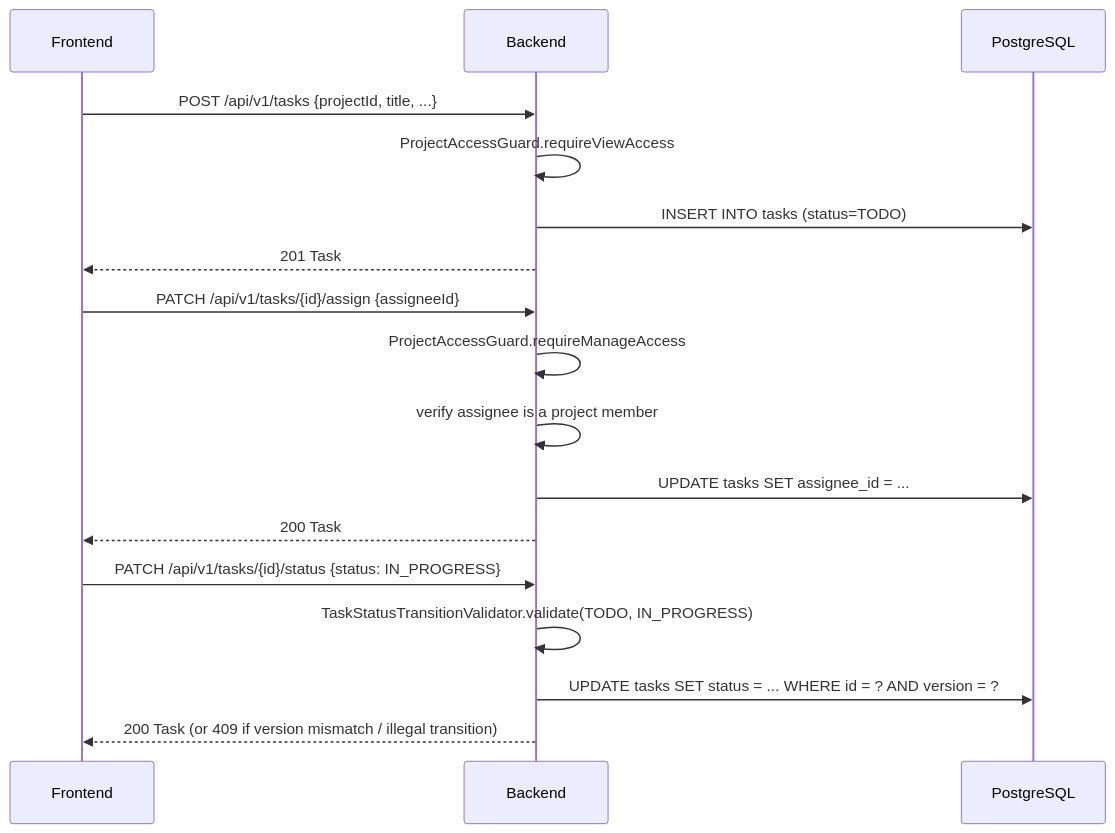
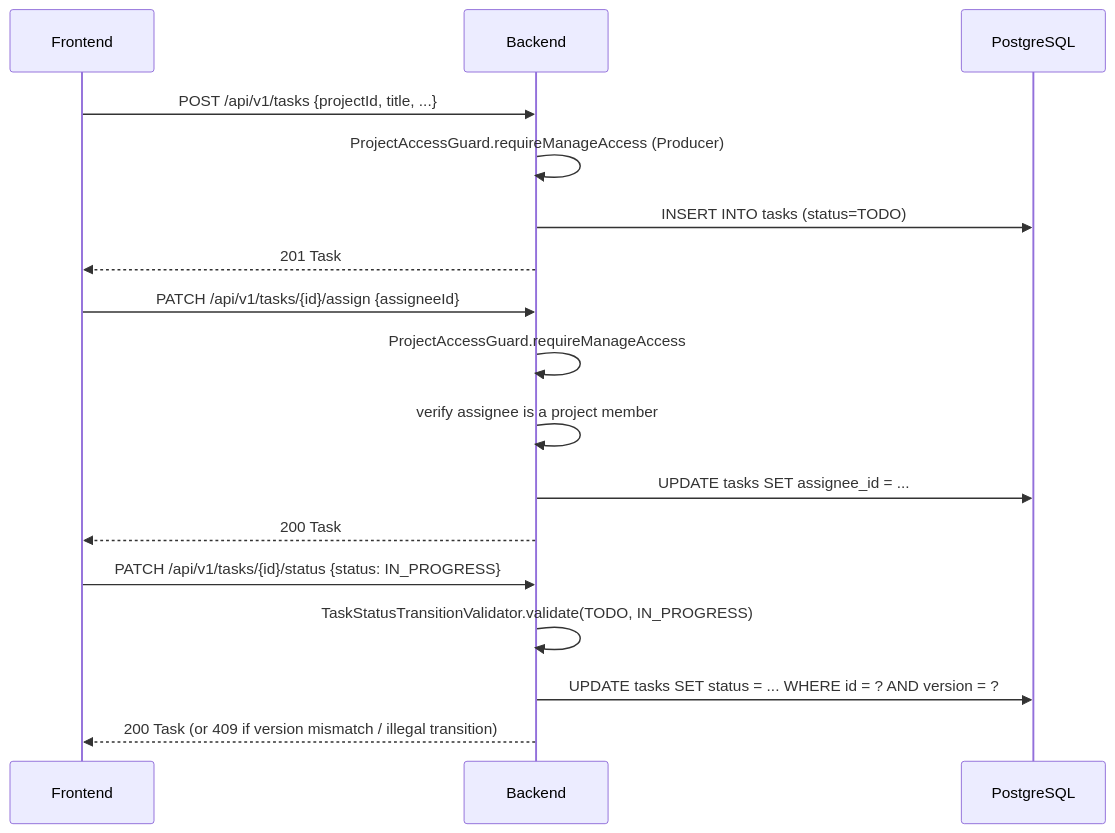
Before and after one commit to GuptTmay/mca2-java-production-project-management-tool: the fifth of 6 diagrams in ARCHITECTURE.md, drawn with Mermaid. The commit also changed other lines of this file and 64 other files, not shown here.

````diff
--- a/ARCHITECTURE.md
+++ b/ARCHITECTURE.md
@@ -131,22 +138,22 @@
 ```mermaid
 sequenceDiagram
     participant F as Frontend
     participant B as Backend
     participant DB as PostgreSQL
 
     F->>B: POST /api/v1/tasks {projectId, title, ...}
-    B->>B: ProjectAccessGuard.requireViewAccess
+    B->>B: ProjectAccessGuard.requireManageAccess (Producer)
     B->>DB: INSERT INTO tasks (status=TODO)
     B-->>F: 201 Task
 
     F->>B: PATCH /api/v1/tasks/{id}/assign {assigneeId}
     B->>B: ProjectAccessGuard.requireManageAccess
     B->>B: verify assignee is a project member
     B->>DB: UPDATE tasks SET assignee_id = ...
     B-->>F: 200 Task
 
     F->>B: PATCH /api/v1/tasks/{id}/status {status: IN_PROGRESS}
     B->>B: TaskStatusTransitionValidator.validate(TODO, IN_PROGRESS)
     B->>DB: UPDATE tasks SET status = ... WHERE id = ? AND version = ?
     B-->>F: 200 Task (or 409 if version mismatch / illegal transition)
 ```
````
